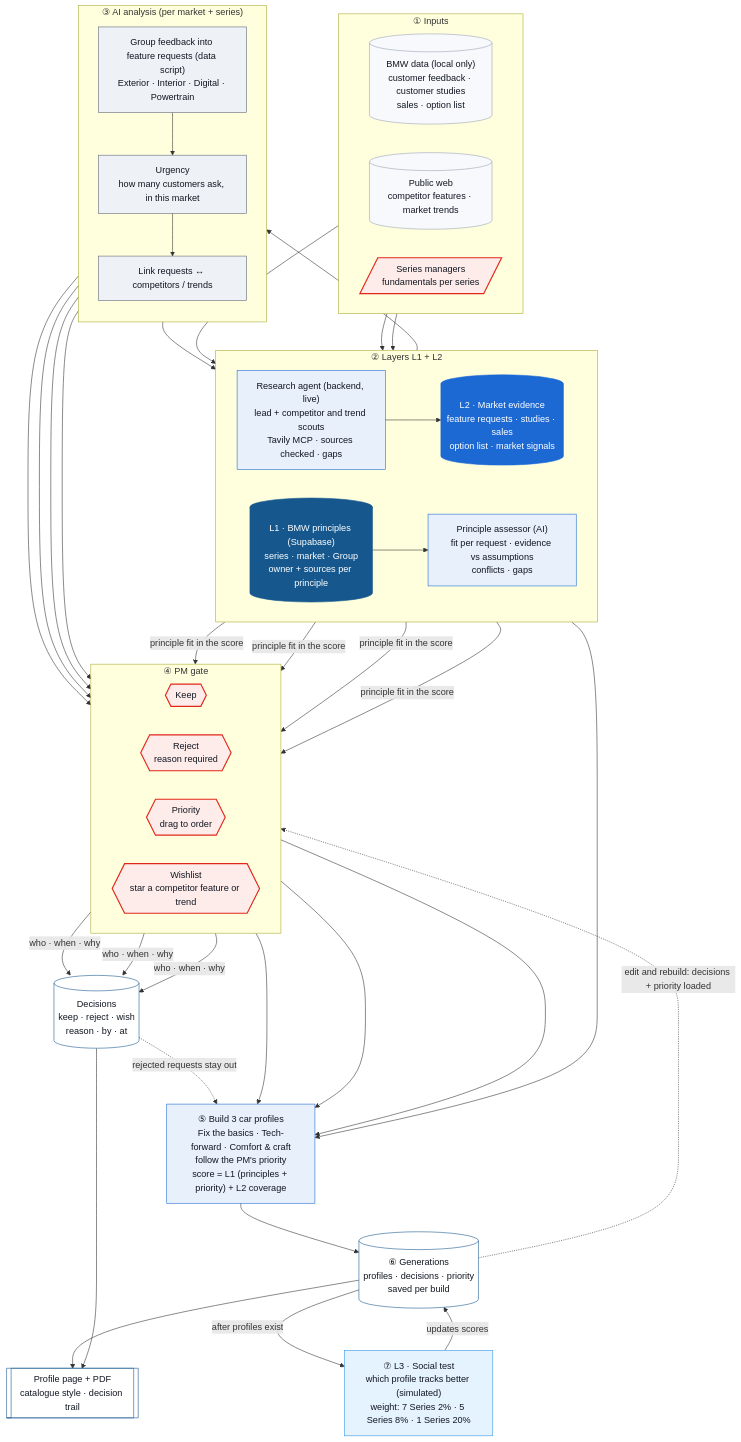
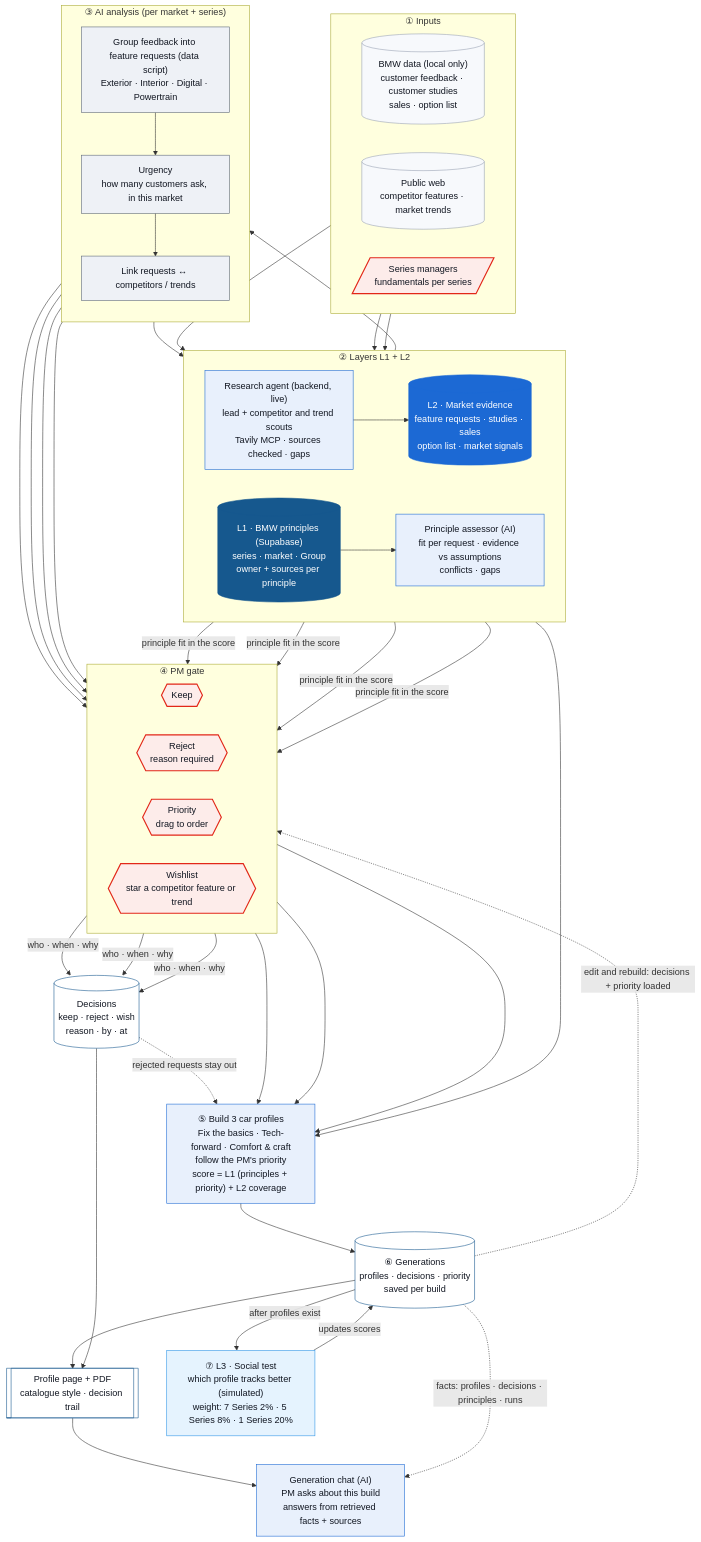
The diagram in docs/architecture/01-system-overview.md (european-hackathon-league/submission-1ed05f96-9921-4f14-8fc3-e6402bea84fd-1413423705), drawn with Mermaid before and after one commit. The commit also changed 5 other files, not shown here.

First line of the commit message:
Docs: generation chat in the architecture (doc 10 §2b, 01, 06, README, backend README)

````diff
--- a/docs/architecture/01-system-overview.md
+++ b/docs/architecture/01-system-overview.md
@@ -5,78 +5,81 @@
 ```mermaid
 flowchart TB
   %% Dixi: principles first, market evidence as the engine, the PM decides, every decision keeps who · when · why.
   %% Colours follow branding/tokens.css: grey = AI on its own, blue = AI proposes, red = human only.
   %% Layers: L1 deep blue (BMW principles), L2 BMW blue (market evidence), L3 light blue (social test, after profiles).
 
   subgraph SRC["① Inputs"]
     direction LR
     S1[("BMW data (local only)<br/>customer feedback · customer studies<br/>sales · option list")]
     S2[("Public web<br/>competitor features · market trends")]
     S4[/"Series managers<br/>fundamentals per series"/]
   end
 
   subgraph LAY["② Layers L1 + L2"]
     direction LR
     L1[("L1 · BMW principles (Supabase)<br/>series · market · Group<br/>owner + sources per principle")]
     PA["Principle assessor (AI)<br/>fit per request · evidence vs assumptions<br/>conflicts · gaps"]
     RA["Research agent (backend, live)<br/>lead + competitor and trend scouts<br/>Tavily MCP · sources checked · gaps"]
     L2[("L2 · Market evidence<br/>feature requests · studies · sales<br/>option list · market signals")]
   end
 
   subgraph AN["③ AI analysis (per market + series)"]
     direction TB
     CL["Group feedback into feature requests (data script)<br/>Exterior · Interior · Digital · Powertrain"]
     UR["Urgency<br/>how many customers ask, in this market"]
     LK["Link requests ↔ competitors / trends"]
   end
 
   subgraph GATE["④ PM gate"]
     direction LR
     KP{{"Keep"}}
     RJ{{"Reject<br/>reason required"}}
     PR{{"Priority<br/>drag to order"}}
     WL{{"Wishlist<br/>star a competitor feature or trend"}}
   end
 
   DM[("Decisions<br/>keep · reject · wish<br/>reason · by · at")]
   BU["⑤ Build 3 car profiles<br/>Fix the basics · Tech-forward · Comfort &amp; craft<br/>follow the PM's priority<br/>score = L1 (principles + priority) + L2 coverage"]
   GEN[("⑥ Generations<br/>profiles · decisions · priority<br/>saved per build")]
   PDF[["Profile page + PDF<br/>catalogue style · decision trail"]]
+  CHAT["Generation chat (AI)<br/>PM asks about this build<br/>answers from retrieved facts + sources"]
   L3["⑦ L3 · Social test<br/>which profile tracks better (simulated)<br/>weight: 7 Series 2% · 5 Series 8% · 1 Series 20%"]
 
   S1 --> L2
   S2 --> RA --> L2
   S4 --> L1
   L2 --> CL --> UR --> LK
   L1 --> PA
   LK --> PA
   PA -- "principle fit in the score" --> KP & RJ & PR & WL
   LK --> KP & RJ & PR & WL
   KP & RJ & WL -- "who · when · why" --> DM
   KP & PR & WL --> BU
   L1 --> BU
   DM -. "rejected requests stay out" .-> BU
   BU --> GEN --> PDF
   DM --> PDF
+  PDF --> CHAT
+  GEN -. "facts: profiles · decisions · principles · runs" .-> CHAT
   GEN -- "after profiles exist" --> L3
   L3 -- "updates scores" --> GEN
   GEN -. "edit and rebuild: decisions + priority loaded" .-> GATE
 
   classDef auto fill:#eef1f6,stroke:#5b6676,color:#121722
   classDef propose fill:#e8f0fc,stroke:#1c69d4,color:#121722
   classDef human fill:#fdecea,stroke:#e22718,color:#121722,stroke-width:2px
   classDef l1 fill:#16588e,stroke:#16588e,color:#ffffff
   classDef l2 fill:#1c69d4,stroke:#1c69d4,color:#ffffff
   classDef l3 fill:#e5f3fe,stroke:#2f95e6,color:#121722
   classDef store fill:#ffffff,stroke:#16588e,color:#121722
   classDef src fill:#f7f9fc,stroke:#98a2b3,color:#121722
 
   class S1,S2 src
   class S4,KP,RJ,PR,WL human
   class CL,UR,LK auto
-  class RA,BU,PA propose
+  class RA,BU,PA,CHAT propose
   class L1 l1
   class L2 l2
   class L3 l3
   class DM,GEN,PDF store
 ```
````
